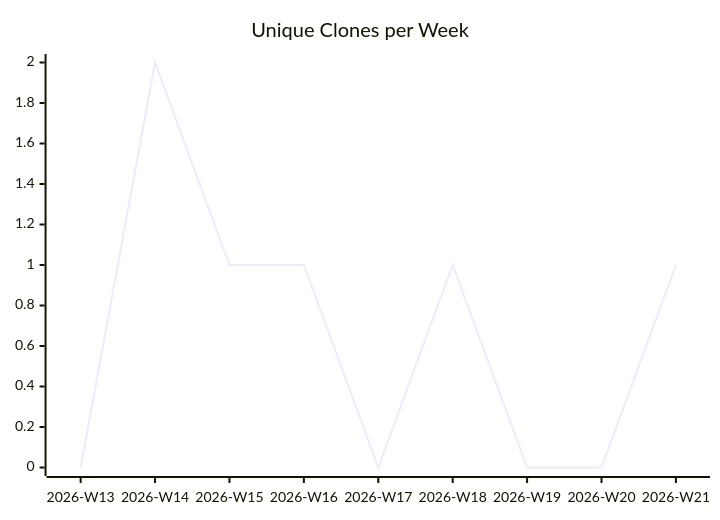
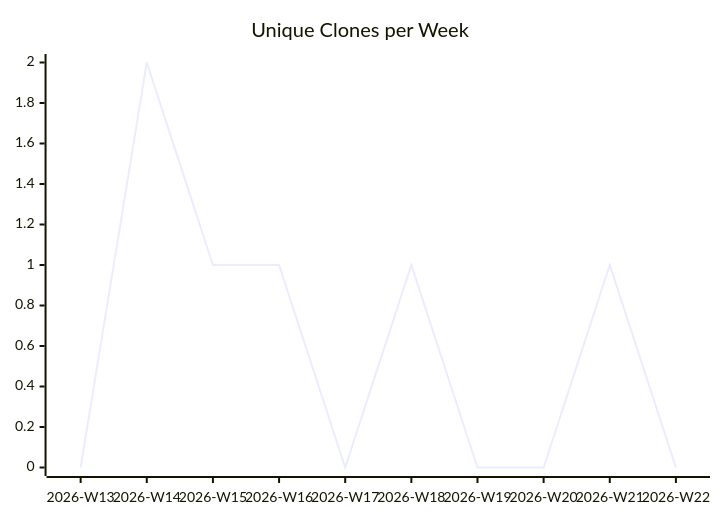
Before and after one commit to justdavis-family/github-analytics-data: the third of 3 diagrams in karlmdavis/todoist-ai/README.md, drawn with Mermaid. The commit also changed other lines of this file and 190 other files, not shown here.

````diff
--- a/karlmdavis/todoist-ai/README.md
+++ b/karlmdavis/todoist-ai/README.md
@@ -19,6 +19,6 @@
 ```mermaid
 xychart-beta
   title "Unique Clones per Week"
-  x-axis ["2026-W13", "2026-W14", "2026-W15", "2026-W16", "2026-W17", "2026-W18", "2026-W19", "2026-W20", "2026-W21"]
-  line [0, 2, 1, 1, 0, 1, 0, 0, 1]
+  x-axis ["2026-W13", "2026-W14", "2026-W15", "2026-W16", "2026-W17", "2026-W18", "2026-W19", "2026-W20", "2026-W21", "2026-W22"]
+  line [0, 2, 1, 1, 0, 1, 0, 0, 1, 0]
 ```
````
